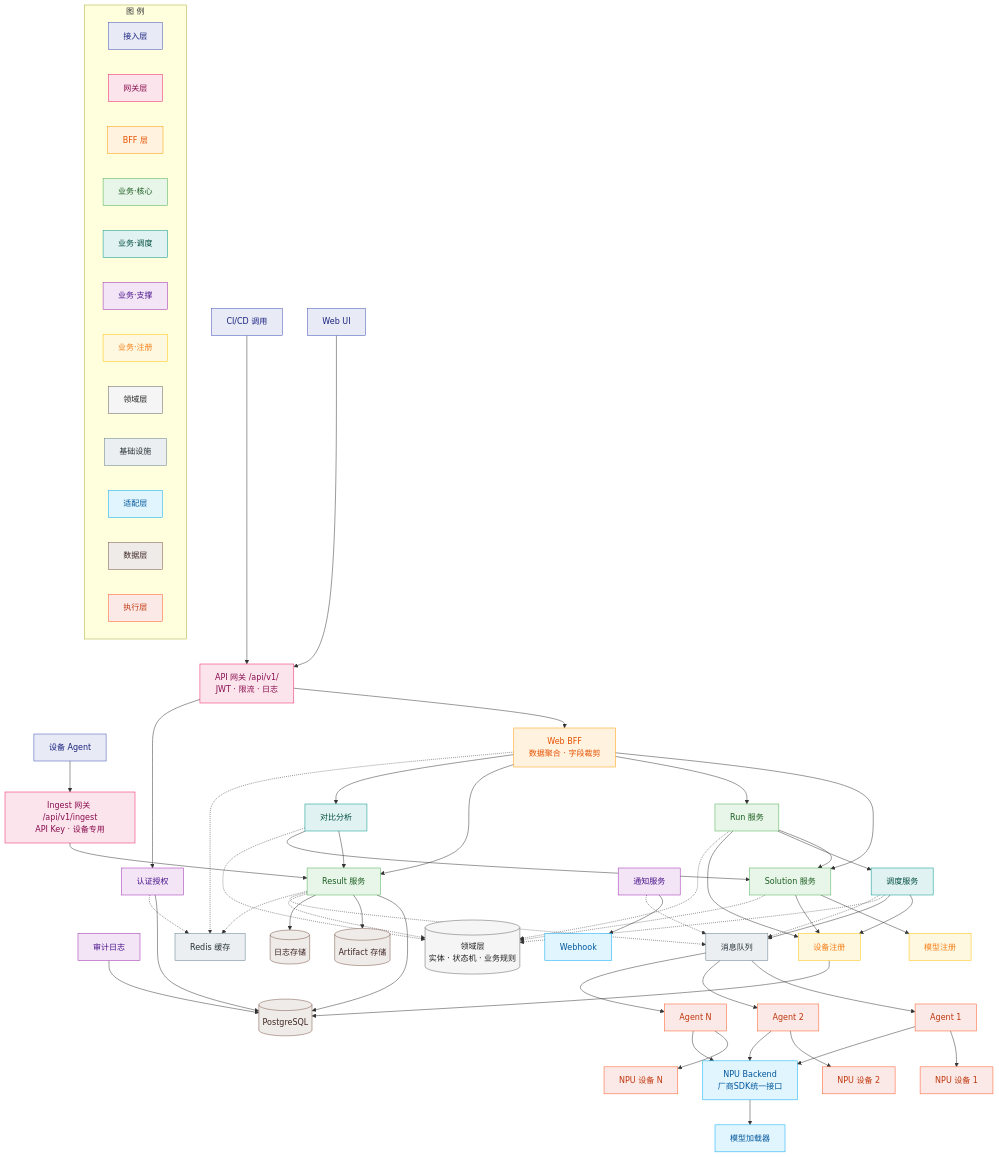
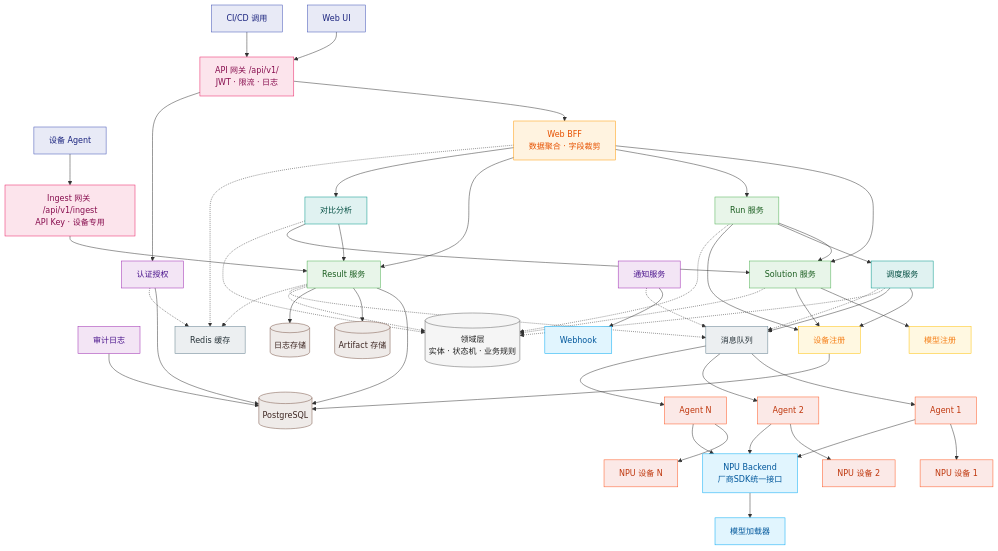
The diagram in NPU设计文档.md (2309724680-cloud/OptHubn), drawn with Mermaid before and after one commit. The commit also changed other lines of this file, not shown here.

Commit message:
docs: replace inline legend with HTML color swatch table

````diff
--- a/NPU设计文档.md
+++ b/NPU设计文档.md
@@ -319,20 +319,4 @@
     classDef adapter fill:#e1f5fe,stroke:#03a9f4,color:#01579b
     classDef data fill:#efebe9,stroke:#795548,color:#3e2723
     classDef exec fill:#fbe9e7,stroke:#ff5722,color:#bf360c
-
-    %% ═══ 图例 ═══
-    subgraph LEGEND["图 例"]
-        L1["接入层"]:::access
-        L2["网关层"]:::gateway
-        L3["BFF 层"]:::bff
-        L4["业务·核心"]:::core
-        L5["业务·调度"]:::schedule
-        L6["业务·支撑"]:::support
-        L7["业务·注册"]:::registry
-        L8["领域层"]:::domain
-        L9["基础设施"]:::infra
-        L10["适配层"]:::adapter
-        L11["数据层"]:::data
-        L12["执行层"]:::exec
-    end
 ```
````
